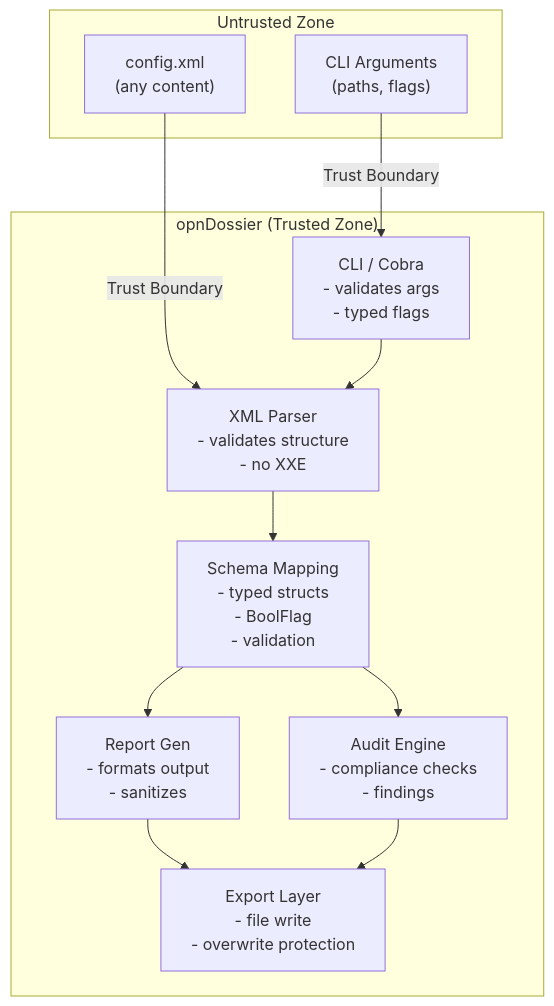
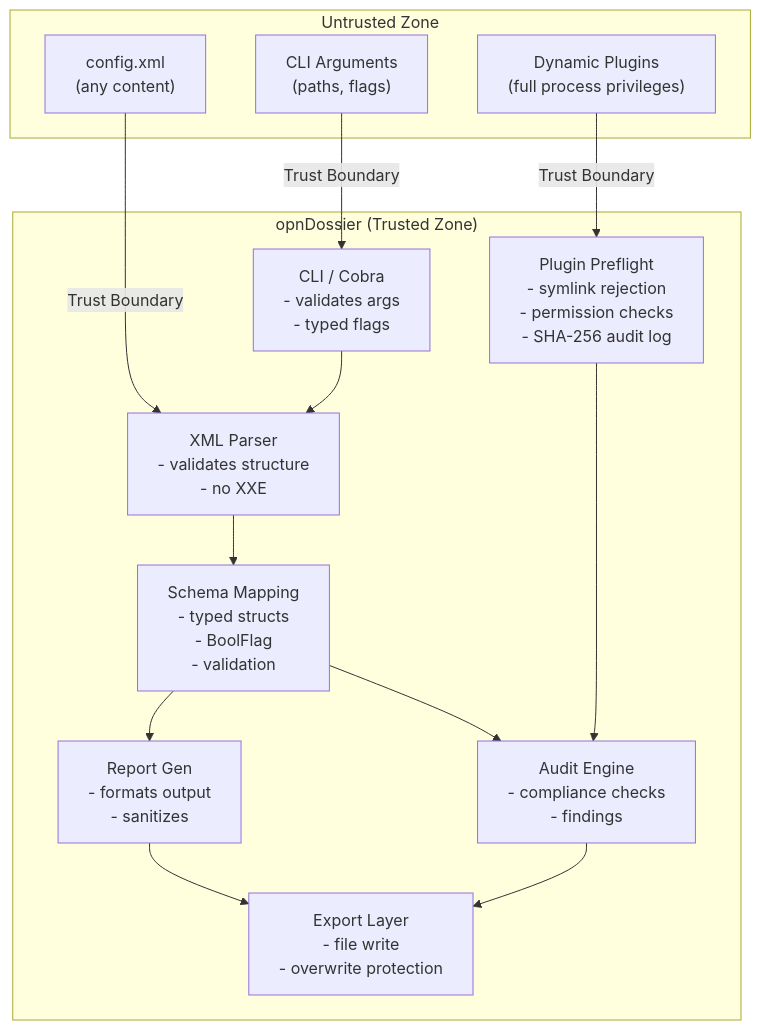
Before and after one commit to EvilBit-Labs/opnDossier: the diagram in docs/security/security-assurance.md, drawn with Mermaid. The commit also changed other lines of this file and 36 other files, not shown here.

First line of the commit message:
security: OpenVPN sanitizer redaction, pfSense validator atomicity, plugin loader preflight (#587)

````diff
--- a/docs/security/security-assurance.md
+++ b/docs/security/security-assurance.md
@@ -48,26 +52,30 @@
 ```mermaid
 graph TD
     subgraph Untrusted["Untrusted Zone"]
         XML["config.xml<br/>(any content)"]
         CLI["CLI Arguments<br/>(paths, flags)"]
+        Plugins["Dynamic Plugins<br/>(full process privileges)"]
     end
 
     XML -->|Trust Boundary| Parser
     CLI -->|Trust Boundary| Cobra
+    Plugins -->|Trust Boundary| PluginPreflight
 
     subgraph Trusted["opnDossier (Trusted Zone)"]
         Cobra["CLI / Cobra<br/>- validates args<br/>- typed flags"]
         Parser["XML Parser<br/>- validates structure<br/>- no XXE"]
         Schema["Schema Mapping<br/>- typed structs<br/>- BoolFlag<br/>- validation"]
         Report["Report Gen<br/>- formats output<br/>- sanitizes"]
         Audit["Audit Engine<br/>- compliance checks<br/>- findings"]
         Export["Export Layer<br/>- file write<br/>- overwrite protection"]
+        PluginPreflight["Plugin Preflight<br/>- symlink rejection<br/>- permission checks<br/>- SHA-256 audit log"]
 
         Cobra --> Parser
         Parser --> Schema
         Schema --> Report
         Schema --> Audit
         Report --> Export
         Audit --> Export
+        PluginPreflight --> Audit
     end
 ```
````
